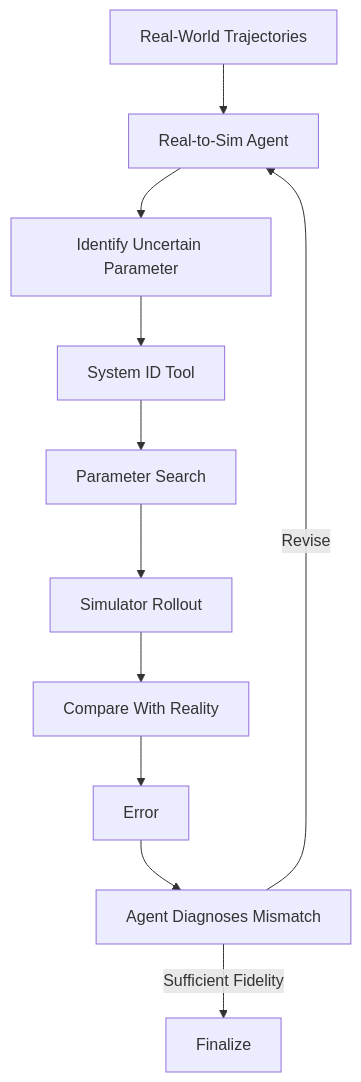
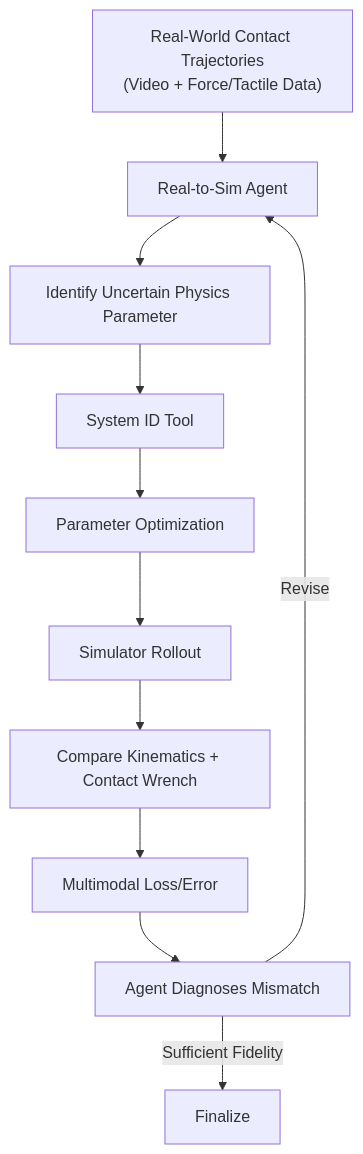
The third of 11 diagrams in docs/specs/post-demo/lunch_robotics.md (Freelunch-AI/freelunch-ide), drawn with Mermaid before and after one commit. The commit also changed other lines of this file, not shown here.

````diff
--- a/docs/specs/post-demo/lunch_robotics.md
+++ b/docs/specs/post-demo/lunch_robotics.md
@@ -161,15 +158,15 @@
 ```mermaid
 flowchart TD
-    A["Real-World Trajectories"] --> B["Real-to-Sim Agent"]
+    A["Real-World Contact Trajectories<br/>(Video + Force/Tactile Data)"] --> B["Real-to-Sim Agent"]
 
-    B --> C["Identify Uncertain Parameter"]
+    B --> C["Identify Uncertain Physics Parameter"]
     C --> D["System ID Tool"]
-    D --> E["Parameter Search"]
+    D --> E["Parameter Optimization"]
     E --> F["Simulator Rollout"]
-    F --> G["Compare With Reality"]
-    G --> H["Error"]
+    F --> G["Compare Kinematics + Contact Wrench"]
+    G --> H["Multimodal Loss/Error"]
     H --> I["Agent Diagnoses Mismatch"]
 
     I -->|"Revise"| B
     I -->|"Sufficient Fidelity"| J["Finalize"]
 ```
````
